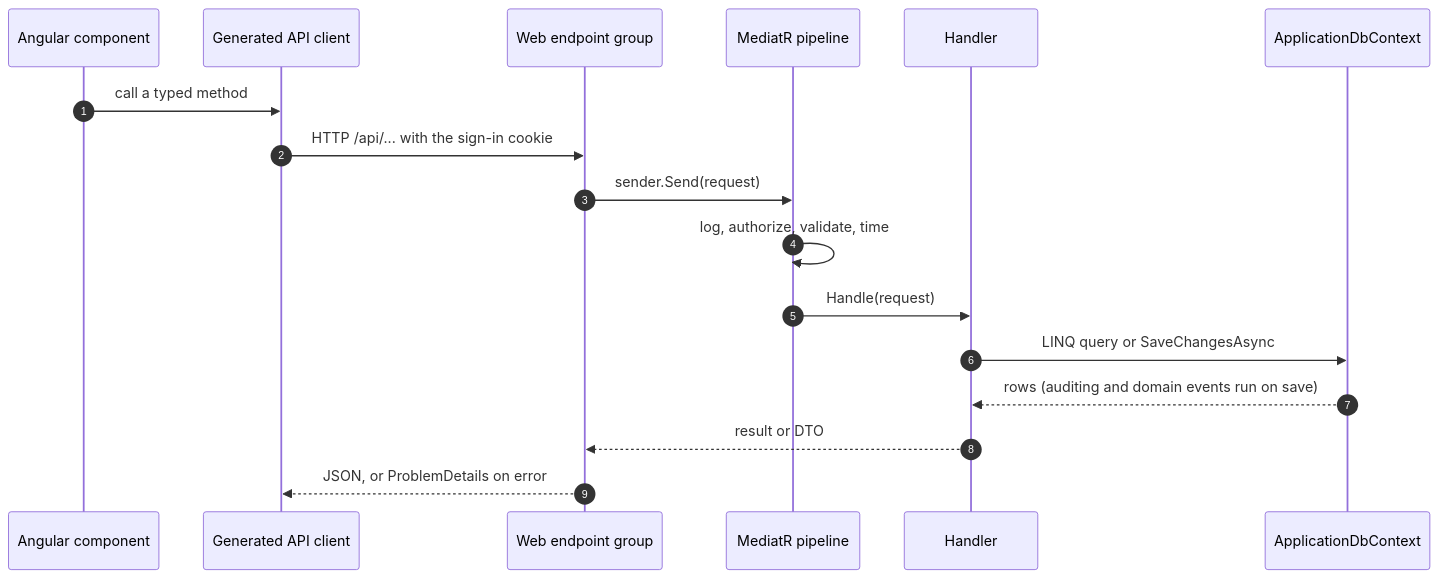
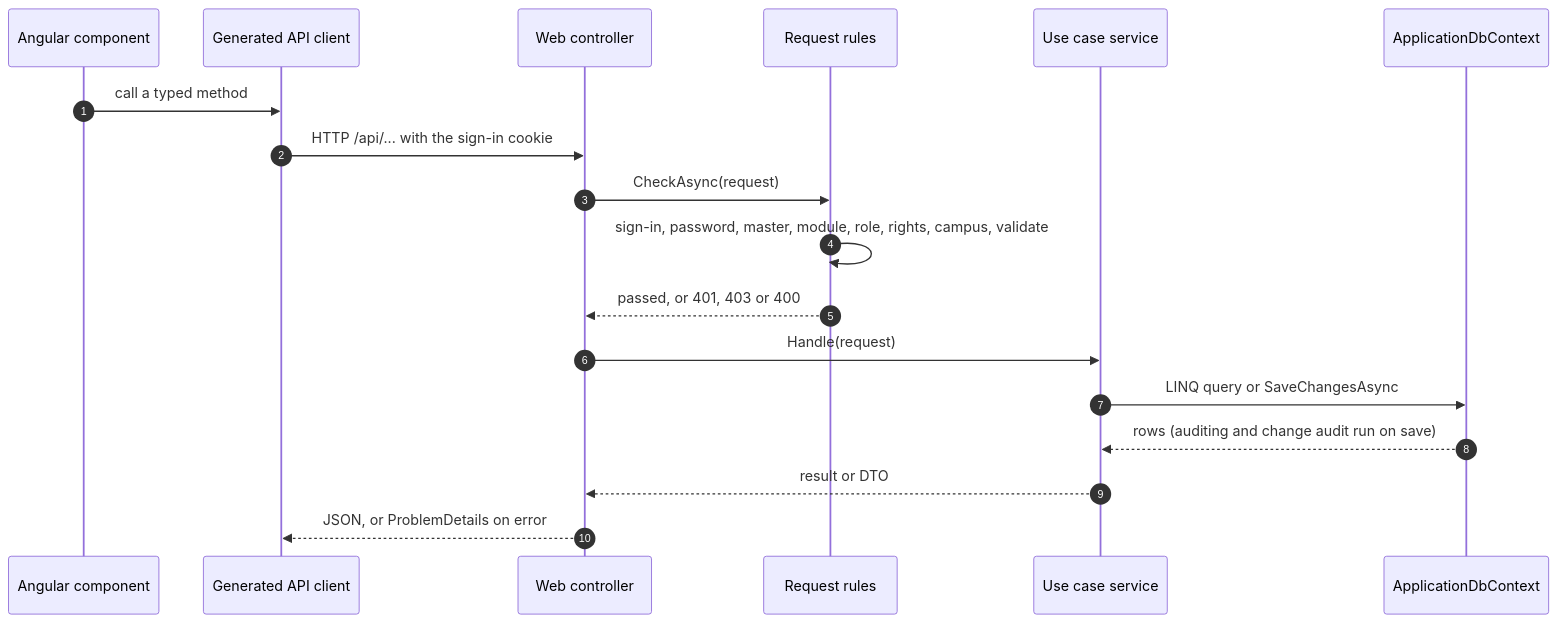
Before and after one commit to ahmedshahjr/Education-Portal: the fourth of 22 diagrams in README.md, drawn with Mermaid. The commit also changed other lines of this file and 409 other files, not shown here.

````diff
--- a/README.md
+++ b/README.md
@@ -331,19 +332,20 @@
 ```mermaid
 sequenceDiagram
     autonumber
     participant UI as Angular component
     participant Client as Generated API client
-    participant Endpoint as Web endpoint group
-    participant Pipeline as MediatR pipeline
-    participant Handler as Handler
+    participant Controller as Web controller
+    participant Rules as Request rules
+    participant Handler as Use case service
     participant Db as ApplicationDbContext
     UI->>Client: call a typed method
-    Client->>Endpoint: HTTP /api/... with the sign-in cookie
-    Endpoint->>Pipeline: sender.Send(request)
-    Pipeline->>Pipeline: log, authorize, validate, time
-    Pipeline->>Handler: Handle(request)
+    Client->>Controller: HTTP /api/... with the sign-in cookie
+    Controller->>Rules: CheckAsync(request)
+    Rules->>Rules: sign-in, password, master, module, role, rights, campus, validate
+    Rules-->>Controller: passed, or 401, 403 or 400
+    Controller->>Handler: Handle(request)
     Handler->>Db: LINQ query or SaveChangesAsync
-    Db-->>Handler: rows (auditing and domain events run on save)
-    Handler-->>Endpoint: result or DTO
-    Endpoint-->>Client: JSON, or ProblemDetails on error
+    Db-->>Handler: rows (auditing and change audit run on save)
+    Handler-->>Controller: result or DTO
+    Controller-->>Client: JSON, or ProblemDetails on error
 ```
````
